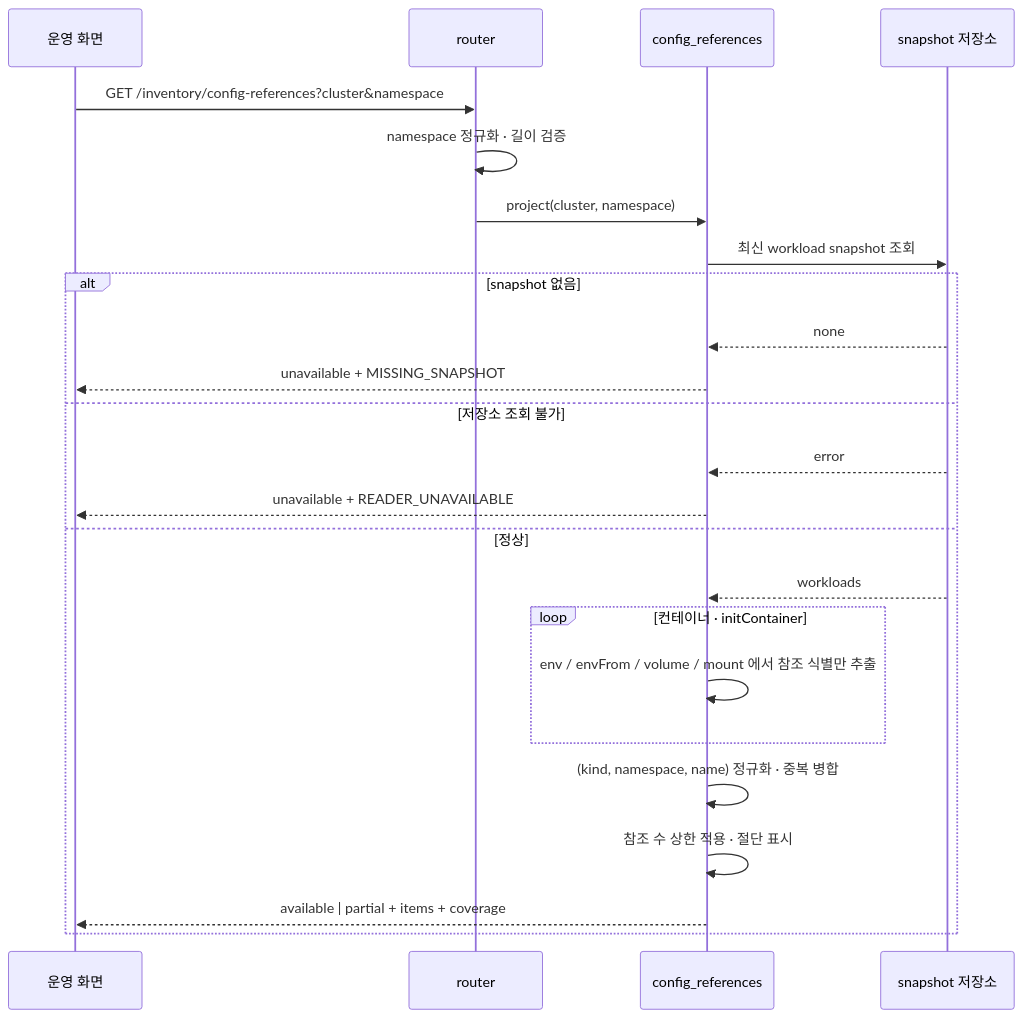
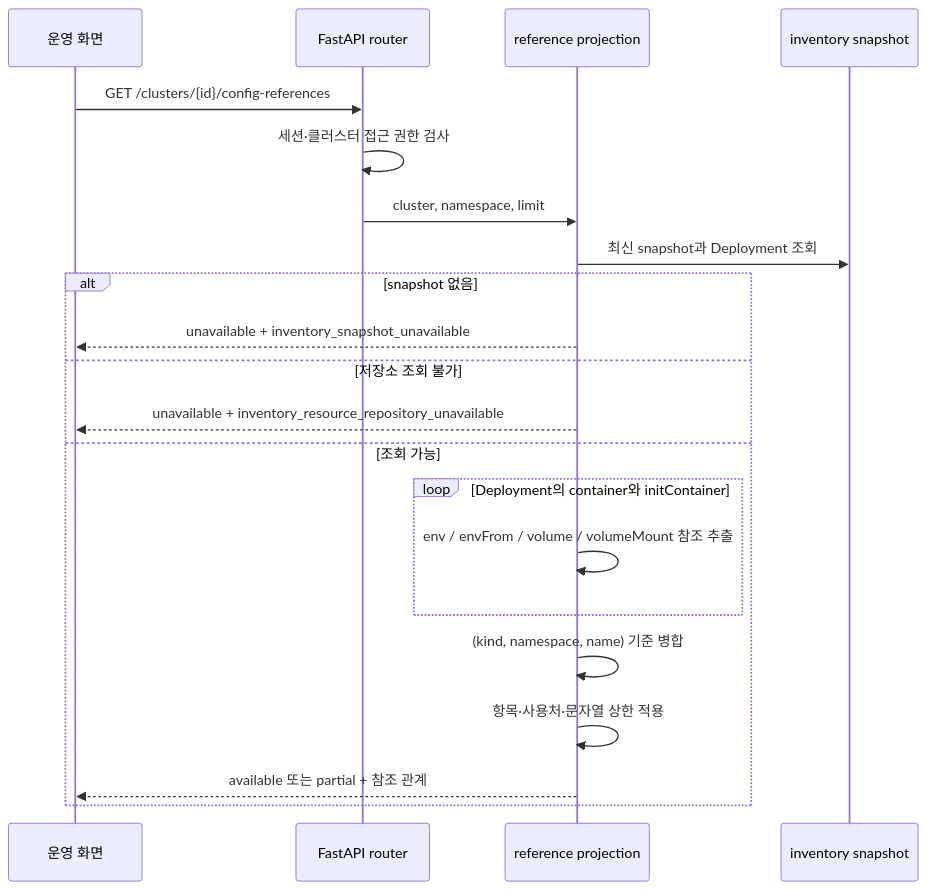
One commit to woonyong-kr/k8s-ops-min changed the diagram in docs/portfolio/03-config-reference-api.md. Above: the diagram before and after it, drawn with Mermaid. The commit also changed other lines of this file and 41 other files, not shown here.

````diff
--- a/docs/portfolio/03-config-reference-api.md
+++ b/docs/portfolio/03-config-reference-api.md
@@ -67,27 +25,24 @@
 ```mermaid
 sequenceDiagram
     participant U as 운영 화면
-    participant R as router
-    participant S as config_references
-    participant DB as snapshot 저장소
+    participant R as FastAPI router
+    participant P as reference projection
+    participant DB as inventory snapshot
 
-    U->>R: GET /inventory/config-references?cluster&namespace
-    R->>R: namespace 정규화 · 길이 검증
-    R->>S: project(cluster, namespace)
-    S->>DB: 최신 workload snapshot 조회
+    U->>R: GET /clusters/{id}/config-references
+    R->>R: 세션·클러스터 접근 권한 검사
+    R->>P: cluster, namespace, limit
+    P->>DB: 최신 snapshot과 Deployment 조회
     alt snapshot 없음
-        DB-->>S: none
-        S-->>U: unavailable + MISSING_SNAPSHOT
+        P-->>U: unavailable + inventory_snapshot_unavailable
     else 저장소 조회 불가
-        DB-->>S: error
-        S-->>U: unavailable + READER_UNAVAILABLE
-    else 정상
-        DB-->>S: workloads
-        loop 컨테이너 · initContainer
-            S->>S: env / envFrom / volume / mount 에서 참조 식별만 추출
+        P-->>U: unavailable + inventory_resource_repository_unavailable
+    else 조회 가능
+        loop Deployment의 container와 initContainer
+            P->>P: env / envFrom / volume / volumeMount 참조 추출
         end
-        S->>S: (kind, namespace, name) 정규화 · 중복 병합
-        S->>S: 참조 수 상한 적용 · 절단 표시
-        S-->>U: available | partial + items + coverage
+        P->>P: (kind, namespace, name) 기준 병합
+        P->>P: 항목·사용처·문자열 상한 적용
+        P-->>U: available 또는 partial + 참조 관계
     end
 ```
````
